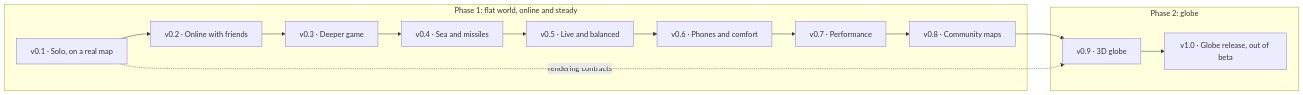
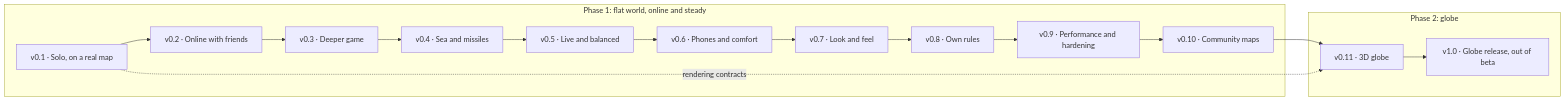
The diagram in docs/roadmap.md (MohammadBnei/frontfall), drawn with Mermaid before and after one commit. The commit also changed other lines of this file and 2 other files, not shown here.

Commit message:
docs(roadmap): add look and feel, own rules and hardening before v1.0

````diff
--- a/docs/roadmap.md
+++ b/docs/roadmap.md
@@ -29,19 +31,21 @@
 ```mermaid
 flowchart LR
   subgraph P1["Phase 1: flat world, online and steady"]
     V01["v0.1 · Solo, on a real map"]
     V02["v0.2 · Online with friends"]
     V03["v0.3 · Deeper game"]
     V04["v0.4 · Sea and missiles"]
     V05["v0.5 · Live and balanced"]
     V06["v0.6 · Phones and comfort"]
-    V07["v0.7 · Performance"]
-    V08["v0.8 · Community maps"]
+    V07["v0.7 · Look and feel"]
+    V08["v0.8 · Own rules"]
+    V09["v0.9 · Performance and hardening"]
+    V010["v0.10 · Community maps"]
   end
   subgraph P2["Phase 2: globe"]
-    V09["v0.9 · 3D globe"]
+    V011["v0.11 · 3D globe"]
     V10["v1.0 · Globe release, out of beta"]
   end
-  V01 --> V02 --> V03 --> V04 --> V05 --> V06 --> V07 --> V08 --> V09 --> V10
-  V01 -. "rendering contracts" .-> V09
+  V01 --> V02 --> V03 --> V04 --> V05 --> V06 --> V07 --> V08 --> V09 --> V010 --> V011 --> V10
+  V01 -. "rendering contracts" .-> V011
 ```
````
